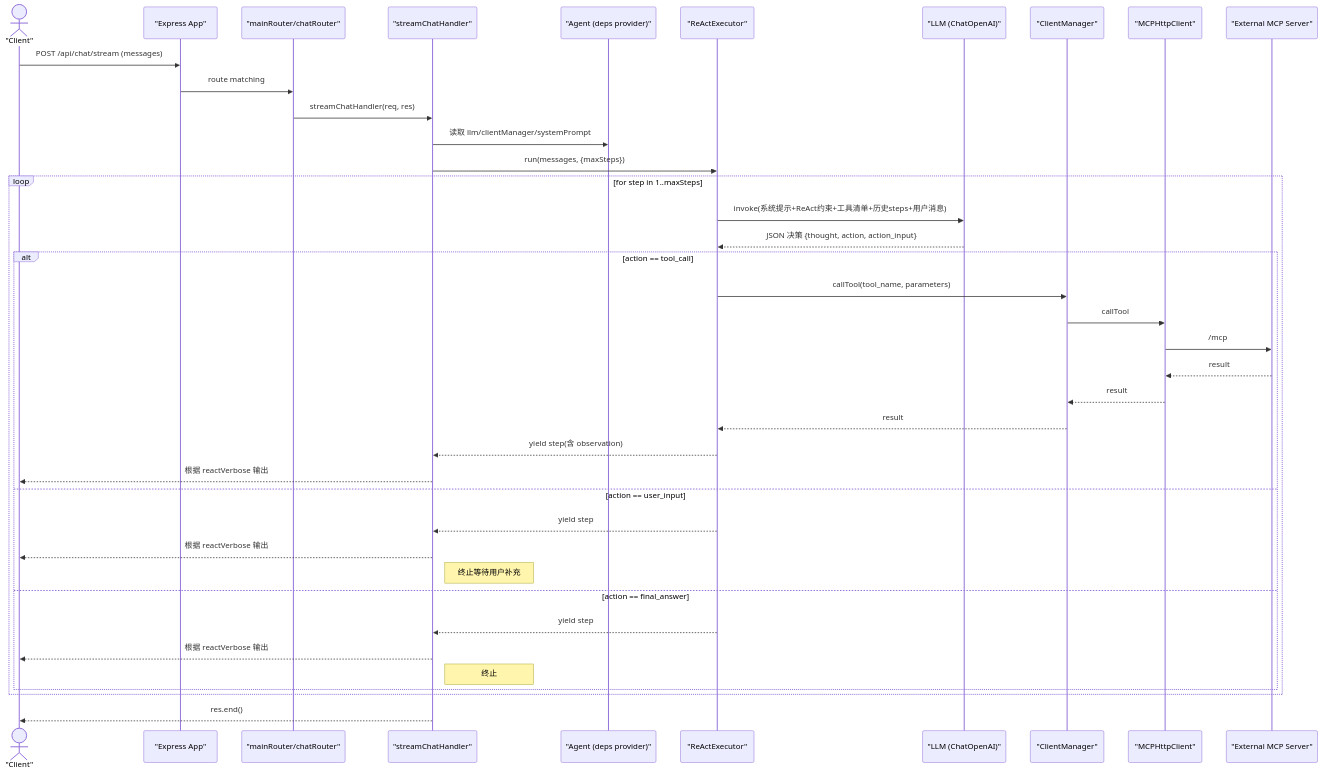
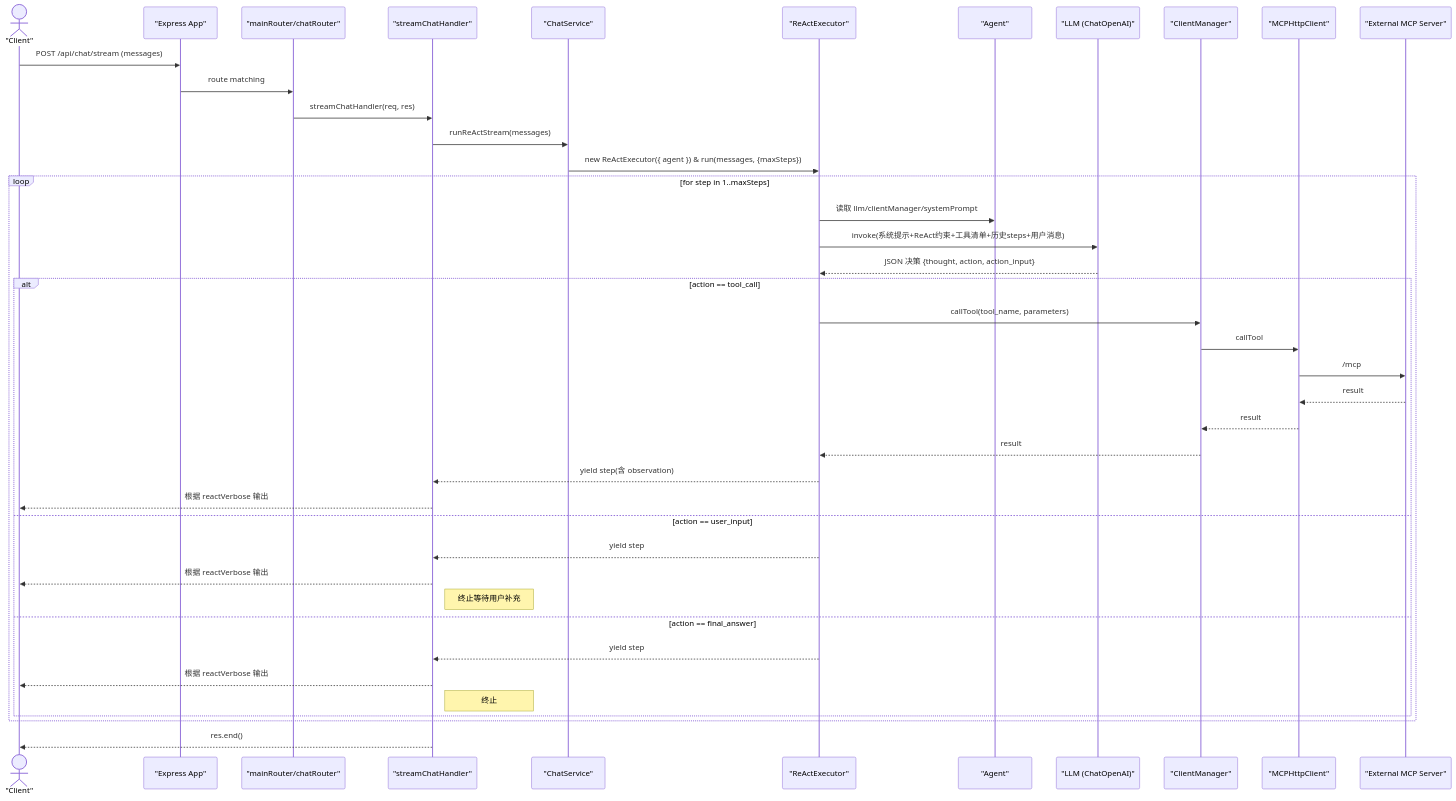
Before and after one commit to seemrcola/bot-server: the diagram in docs/flow.md, drawn with Mermaid. The commit also changed 2 other files, not shown here.

Commit message:
feat: refactor

````diff
--- a/docs/flow.md
+++ b/docs/flow.md
@@ -3,44 +3,46 @@
 ```mermaid
 sequenceDiagram
   actor Client as "Client"
   participant Express as "Express App"
   participant Router as "mainRouter/chatRouter"
   participant Controller as "streamChatHandler"
-  participant Agent as "Agent (deps provider)"
+  participant Service as "ChatService"
   participant ReAct as "ReActExecutor"
+  participant Agent as "Agent"
   participant LLM as "LLM (ChatOpenAI)"
   participant CM as "ClientManager"
   participant MCP as "MCPHttpClient"
   participant Ext as "External MCP Server"
 
   Client->>Express: POST /api/chat/stream (messages)
   Express->>Router: route matching
   Router->>Controller: streamChatHandler(req, res)
-  Controller->>Agent: 读取 llm/clientManager/systemPrompt
-  Controller->>ReAct: run(messages, {maxSteps})
+  Controller->>Service: runReActStream(messages)
+  Service->>ReAct: new ReActExecutor({ agent }) & run(messages, {maxSteps})
 
   loop for step in 1..maxSteps
+    ReAct->>Agent: 读取 llm/clientManager/systemPrompt
     ReAct->>LLM: invoke(系统提示+ReAct约束+工具清单+历史steps+用户消息)
     LLM-->>ReAct: JSON 决策 {thought, action, action_input}
     alt action == tool_call
       ReAct->>CM: callTool(tool_name, parameters)
       CM->>MCP: callTool
       MCP->>Ext: /mcp
       Ext-->>MCP: result
       MCP-->>CM: result
       CM-->>ReAct: result
       ReAct-->>Controller: yield step(含 observation)
       Controller-->>Client: 根据 reactVerbose 输出
     else action == user_input
       ReAct-->>Controller: yield step
       Controller-->>Client: 根据 reactVerbose 输出
       Note right of Controller: 终止等待用户补充
     else action == final_answer
       ReAct-->>Controller: yield step
       Controller-->>Client: 根据 reactVerbose 输出
       Note right of Controller: 终止
     end
   end
 
   Controller-->>Client: res.end()
 ```
````
